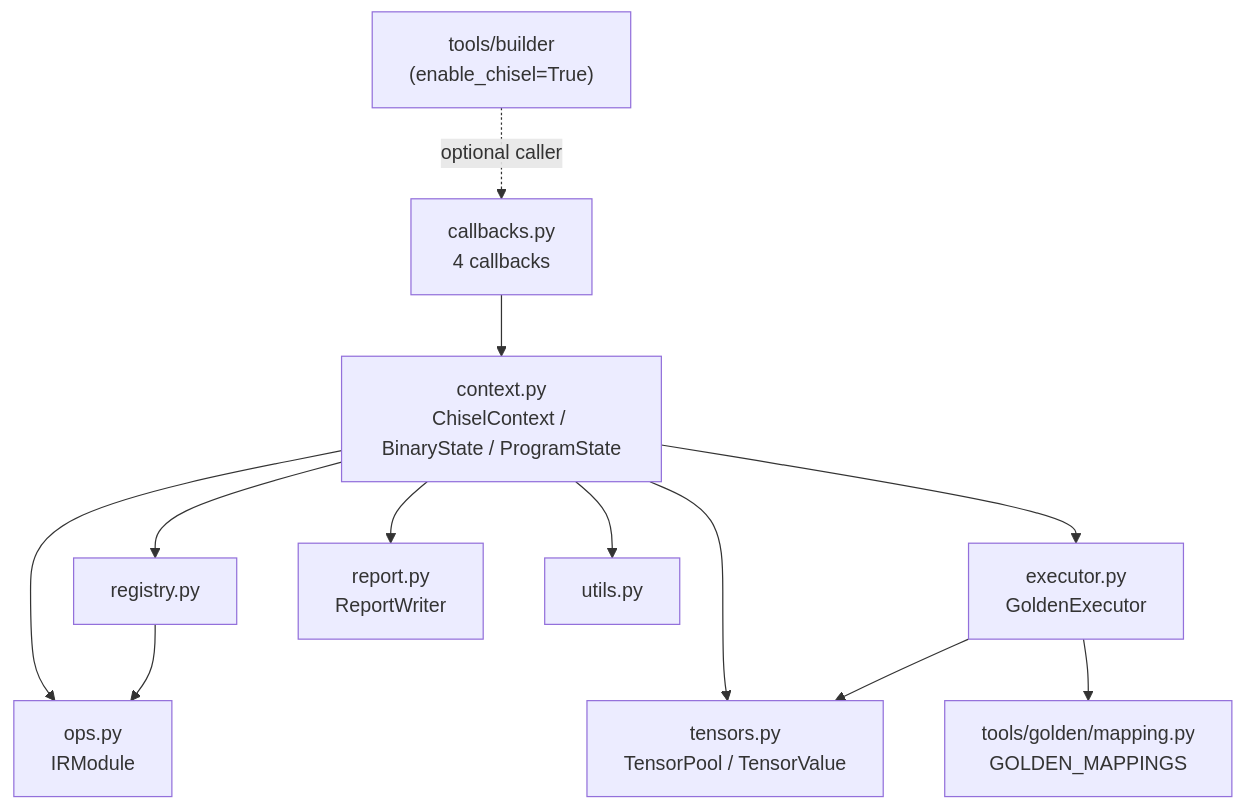
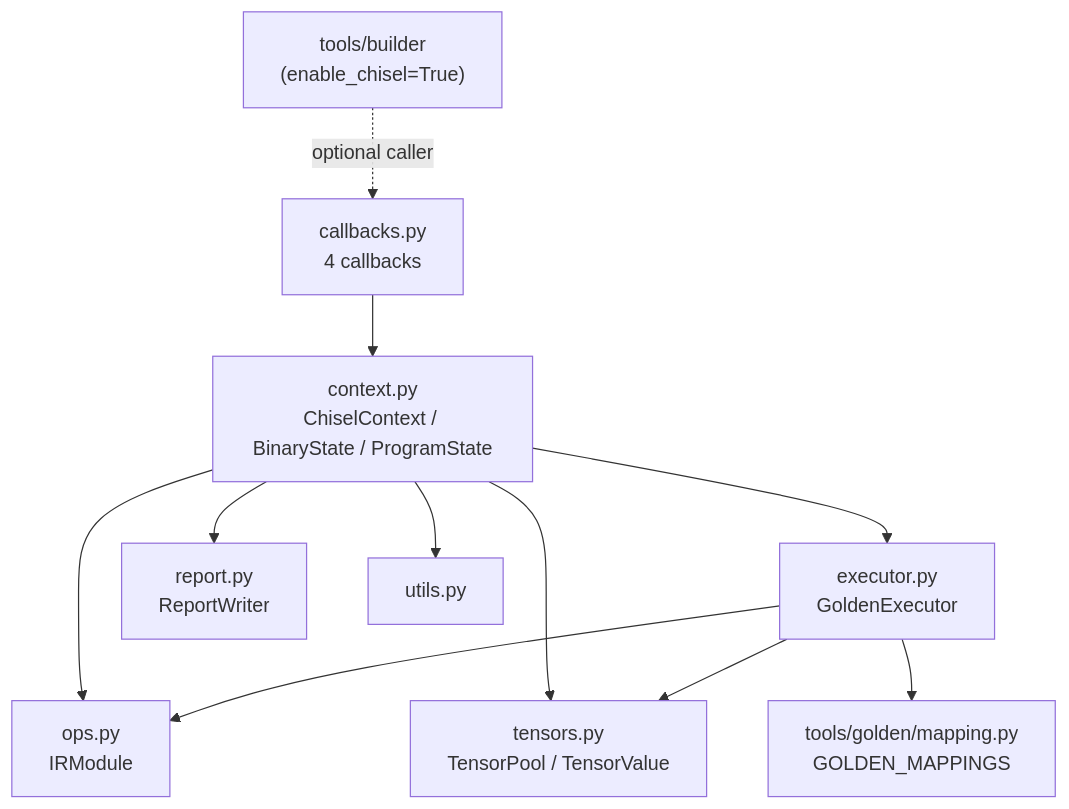
The third of 4 diagrams in tools/chisel/docs/architecture.md (tenstorrent/tt-mlir), drawn with Mermaid before and after one commit. The commit also changed other lines of this file and 10 other files, not shown here.

````diff
--- a/tools/chisel/docs/architecture.md
+++ b/tools/chisel/docs/architecture.md
@@ -170,14 +166,13 @@
 ```mermaid
 flowchart TD;
     BLD["tools/builder<br/>(enable_chisel=True)"] -.->|optional caller| CB
     CB["callbacks.py<br/>4 callbacks"] --> CTX["context.py<br/>ChiselContext / BinaryState / ProgramState"]
     CTX --> IR["ops.py<br/>IRModule"]
     CTX --> TP["tensors.py<br/>TensorPool / TensorValue"]
-    CTX --> REG["registry.py"]
     CTX --> EX["executor.py<br/>GoldenExecutor"]
     CTX --> RPT["report.py<br/>ReportWriter"]
     EX --> GM["tools/golden/mapping.py<br/>GOLDEN_MAPPINGS"]
     EX --> TP
-    REG --> IR
+    EX --> IR
     CTX --> UT["utils.py"]
 ```
````
